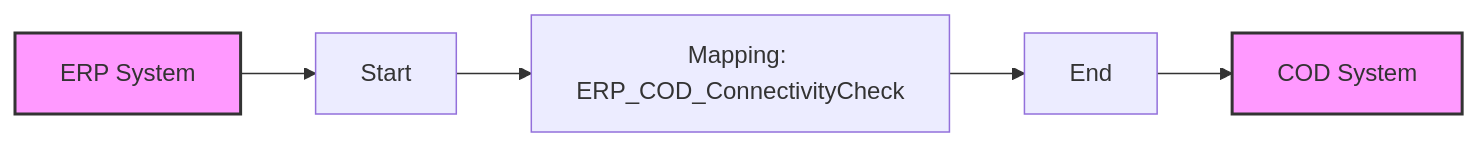
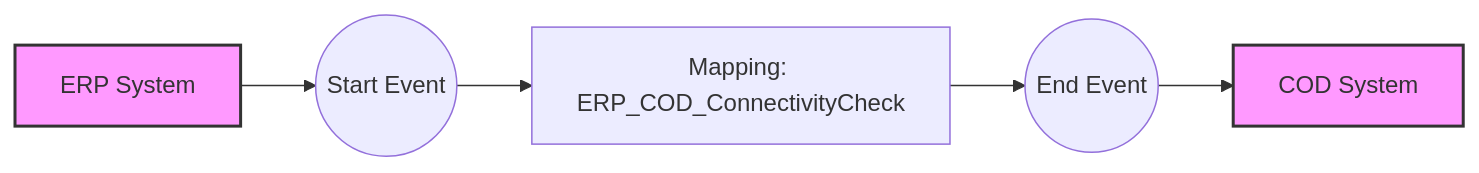
The diagram in MMZ - Cell Iflows/Check_Connectivity_from_SAP_Business_Suite_MMZ-1.0.3/readme.md (Avvale-IA-CICD/AvvaleCPI), drawn with Mermaid before and after one commit. The commit also changed other lines of this file, not shown here.

Commit message:
Add/update documentation for Check_Connectivity_from_SAP_Business_Suite_MMZ v1.0.3

````diff
--- a/MMZ - Cell Iflows/Check_Connectivity_from_SAP_Business_Suite_MMZ-1.0.3/readme.md
+++ b/MMZ - Cell Iflows/Check_Connectivity_from_SAP_Business_Suite_MMZ-1.0.3/readme.md
@@ -4,9 +6,9 @@
 ```mermaid
 graph LR
-    ERP[ERP System] --> StartEvent
-    StartEvent[Start] --> Mapping
-    Mapping[Mapping: ERP_COD_ConnectivityCheck] --> EndEvent
-    EndEvent[End] --> COD[COD System]
+    ERP[ERP System] --> StartEvent((Start Event))
+    StartEvent --> Mapping[Mapping: ERP_COD_ConnectivityCheck]
+    Mapping --> EndEvent((End Event))
+    EndEvent --> COD[COD System]
     style ERP fill:#f9f,stroke:#333,stroke-width:2px
     style COD fill:#f9f,stroke:#333,stroke-width:2px
 ```
````
